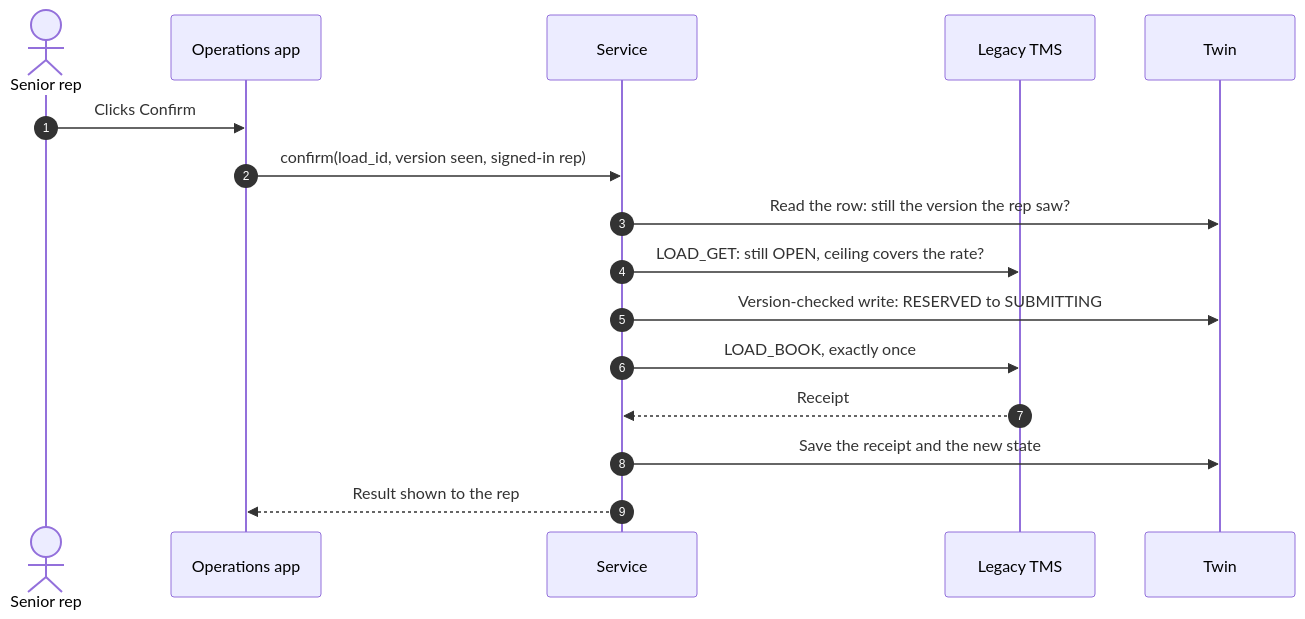
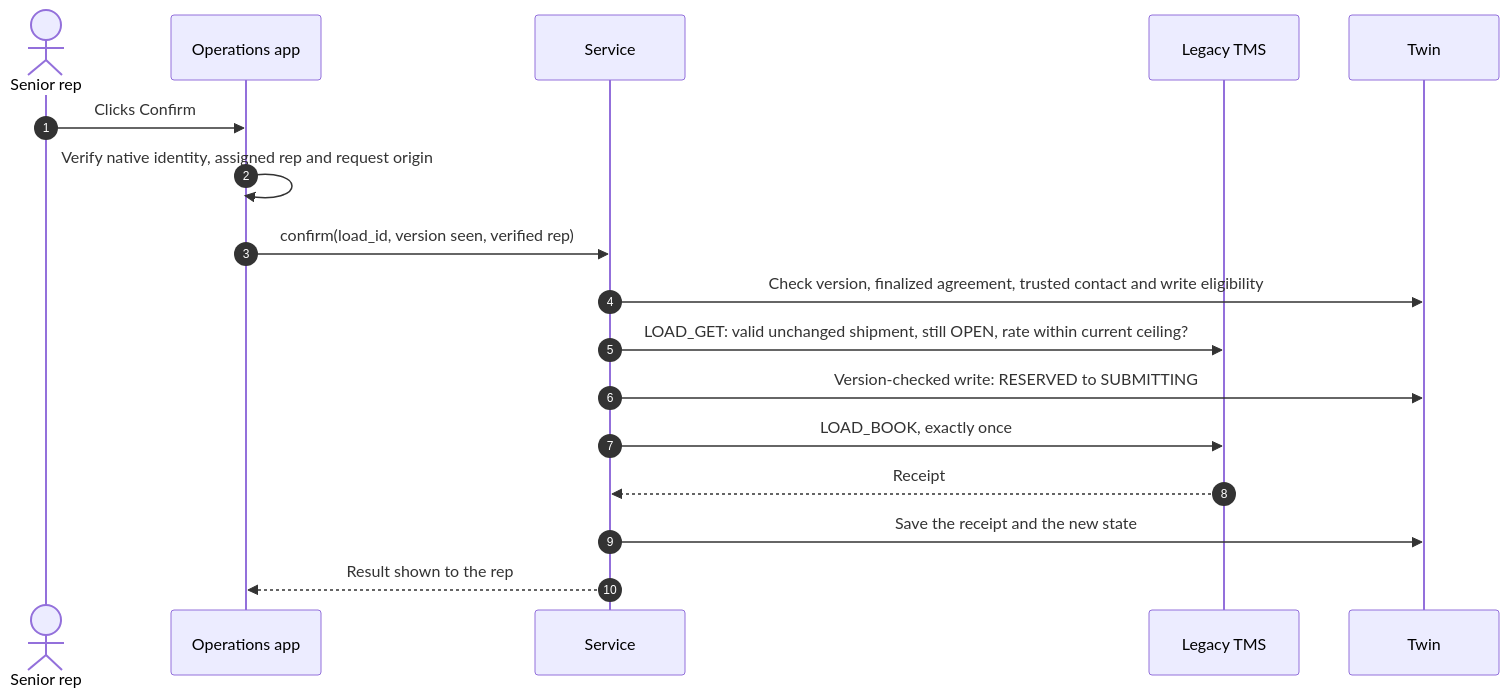
Before and after one commit to sgon0181/happyrobot-inbound-carrier-sales: the third of 4 diagrams in ARCHITECTURE.md, drawn with Mermaid. The commit also changed other lines of this file and 18 other files, not shown here.

First line of the commit message:
Consolidate current architecture and proposal decisions

````diff
--- a/ARCHITECTURE.md
+++ b/ARCHITECTURE.md
@@ -134,19 +135,20 @@
 ```mermaid
 sequenceDiagram
     autonumber
     actor R as Senior rep
     participant P as Operations app
     participant S as Service
     participant T as Legacy TMS
     participant D as Twin
 
     R->>P: Clicks Confirm
-    P->>S: confirm(load_id, version seen, signed-in rep)
-    S->>D: Read the row: still the version the rep saw?
-    S->>T: LOAD_GET: still OPEN, ceiling covers the rate?
+    P->>P: Verify native identity, assigned rep and request origin
+    P->>S: confirm(load_id, version seen, verified rep)
+    S->>D: Check version, finalized agreement, trusted contact and write eligibility
+    S->>T: LOAD_GET: valid unchanged shipment, still OPEN, rate within current ceiling?
     S->>D: Version-checked write: RESERVED to SUBMITTING
     S->>T: LOAD_BOOK, exactly once
     T-->>S: Receipt
     S->>D: Save the receipt and the new state
     S-->>P: Result shown to the rep
 ```
````
